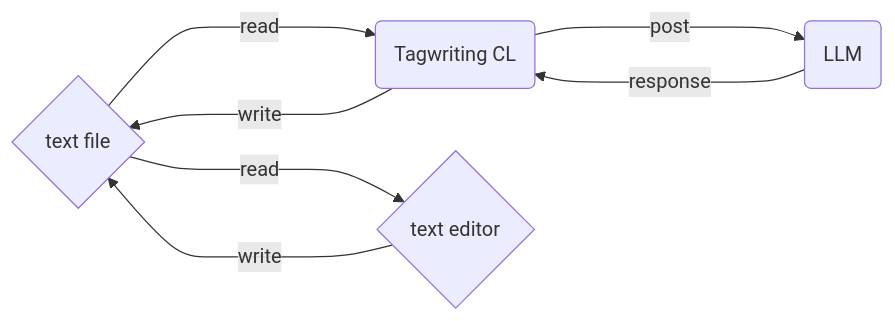
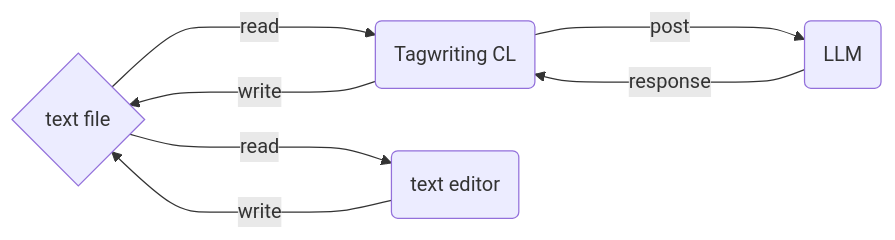
The diagram in docs/getstart.md (esehara/TagWriter), drawn with Mermaid before and after one commit.

Commit message:
fix: litte fix

````diff
--- a/docs/getstart.md
+++ b/docs/getstart.md
@@ -154,9 +154,9 @@
 ```mermaid
 flowchart LR
     File ---->|read|Tagwriting("Tagwriting CL")
     File ---->|read|Editor
-    Editor{"text editor"} ---->|write|File{"text file"}
+    Editor("text editor") ---->|write|File{"text file"}
     Tagwriting ---->|post|LLM("LLM") 
     Tagwriting ---->|write|File
     LLM -->|response|Tagwriting
 ```
````
